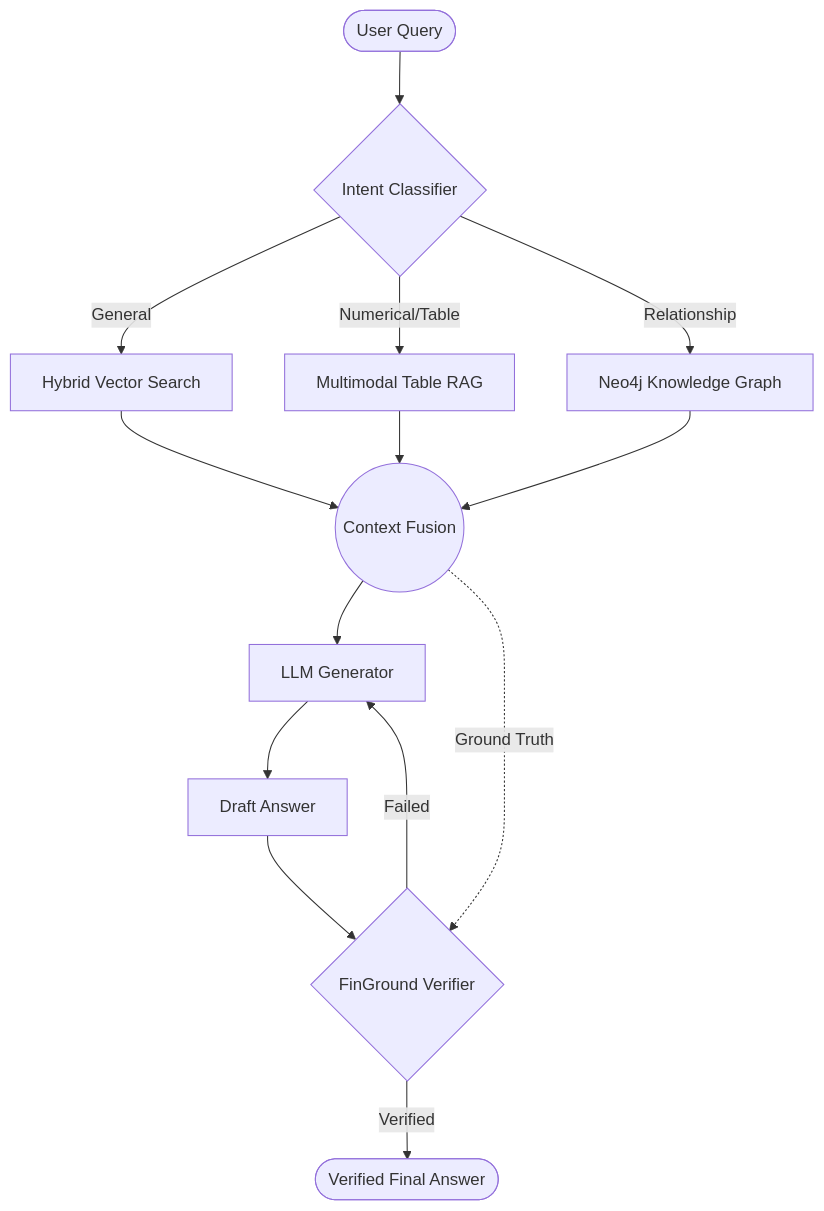
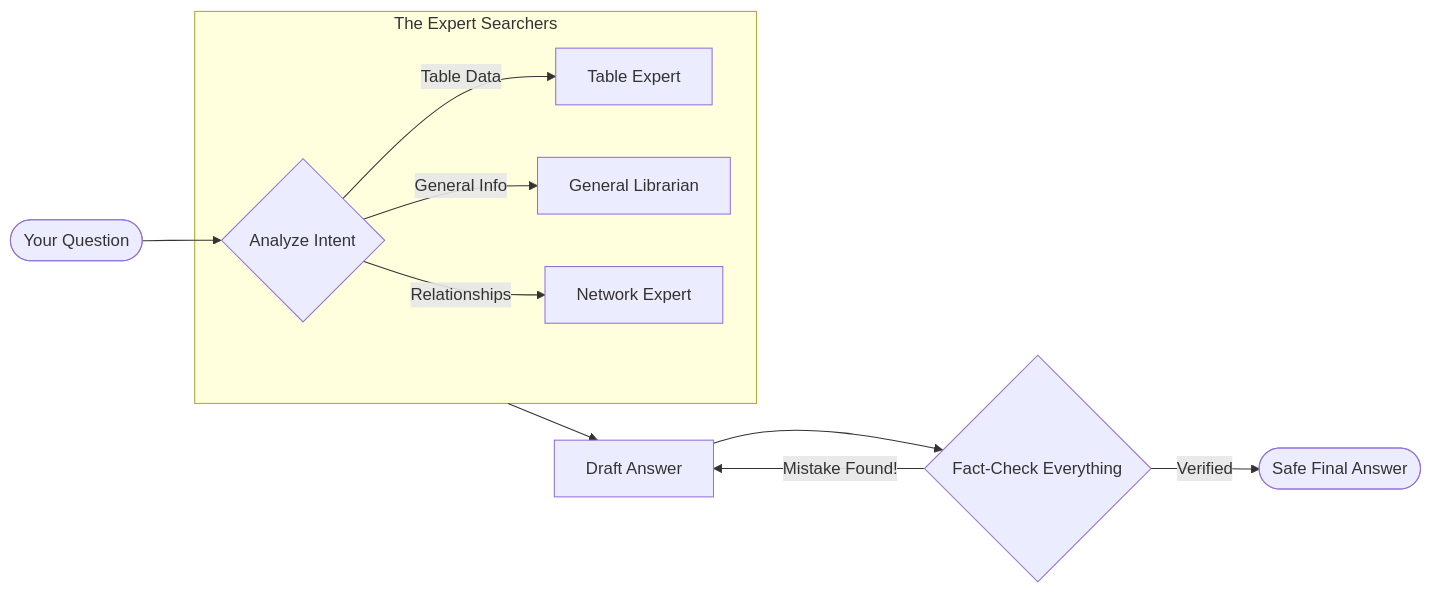
One commit to tanishq450/Unify changed the diagram in README.md. Above: the diagram before and after it, drawn with Mermaid. The commit also changed other lines of this file, not shown here.

````diff
--- a/README.md
+++ b/README.md
@@ -29,21 +31,16 @@
 ```mermaid
-graph TD
-    User([User Query]) --> Router{Intent Classifier}
+graph LR
+    User([Your Question]) --> Receptionist{Analyze Intent}
     
-    Router -->|General| SimpleRAG[Hybrid Vector Search]
-    Router -->|Numerical/Table| TableRAG[Multimodal Table RAG]
-    Router -->|Relationship| GraphRAG[Neo4j Knowledge Graph]
+    subgraph Experts [The Expert Searchers]
+    Receptionist -->|Table Data| TableExpert[Table Expert]
+    Receptionist -->|General Info| Librarian[General Librarian]
+    Receptionist -->|Relationships| NetworkExpert[Network Expert]
+    end
     
-    SimpleRAG --> Fusion((Context Fusion))
-    TableRAG --> Fusion
-    GraphRAG --> Fusion
+    Experts --> Drafter[Draft Answer]
+    Drafter --> Auditor{Fact-Check Everything}
     
-    Fusion --> LLM[LLM Generator]
-    LLM --> Draft[Draft Answer]
-    
-    Draft --> Verifier{FinGround Verifier}
-    Fusion -.->|Ground Truth| Verifier
-    
-    Verifier -->|Verified| Final([Verified Final Answer])
-    Verifier -->|Failed| LLM
+    Auditor -->|Verified| FinalResult([Safe Final Answer])
+    Auditor -->|Mistake Found!| Drafter
 ```
````
